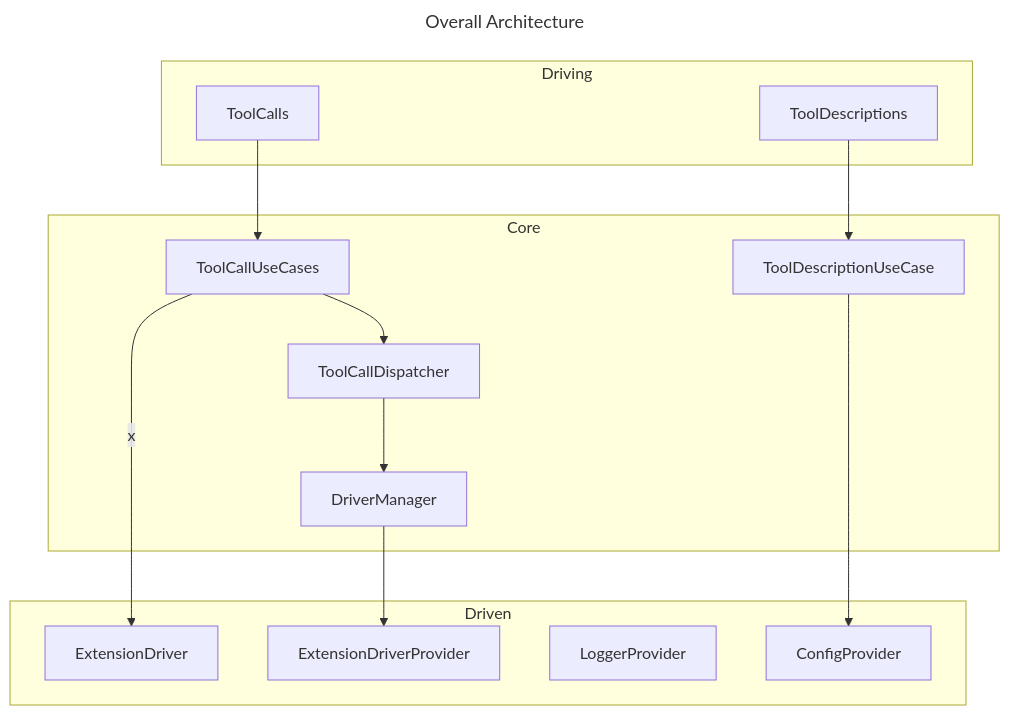
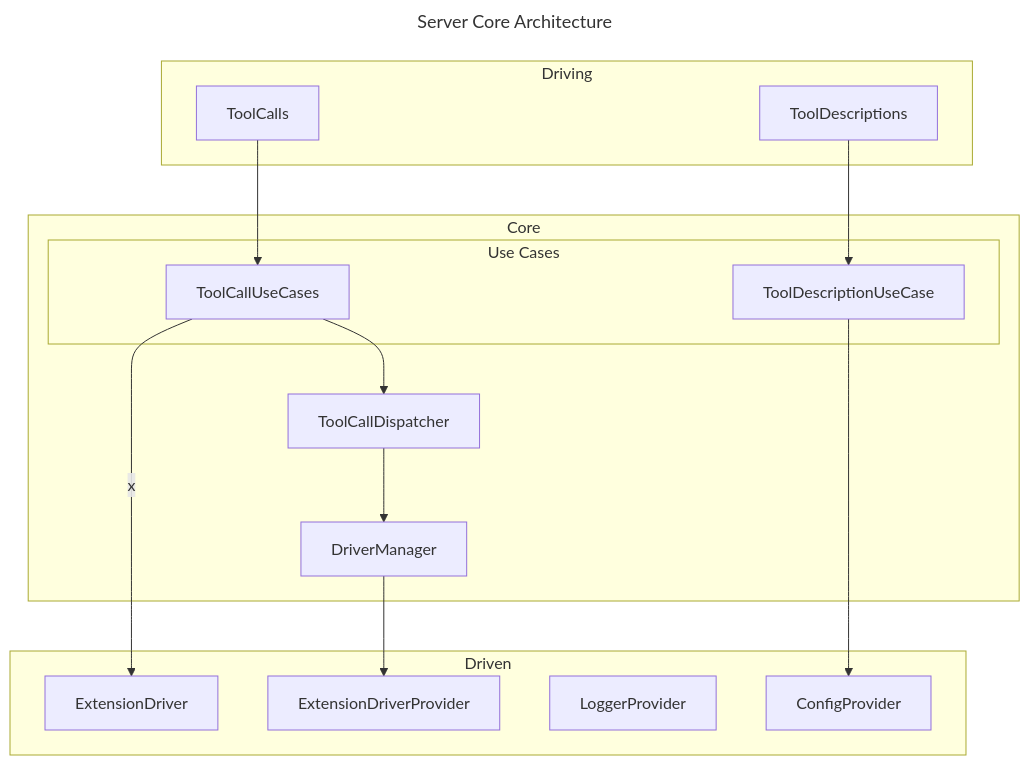
One commit to ndthanhdev/mcp-browser-kit changed the second of 4 diagrams in docs/architecture.md. Above: the diagram before and after it, drawn with Mermaid. The commit also changed other lines of this file and 12 other files, not shown here.

First line of the commit message:
refactor: rename viewable element methods to use coordinates and update architecture documentation

````diff
--- a/docs/architecture.md
+++ b/docs/architecture.md
@@ -17,56 +32,35 @@
 ```mermaid
 ---
-title: Overall Architecture
+title: Server Core Architecture
 ---
 flowchart TD
   subgraph ServerDriving["Driving"]
     ToolCalls
     ToolDescriptions
   end
 
   subgraph ServerCore["Core"]
-    ToolCallUseCases
-    ToolDescriptionUseCase
+    subgraph UseCases["Use Cases"]
+      ToolCallUseCases
+      ToolDescriptionUseCase
+    end
     DriverManager
     ToolCallDispatcher
   end
 
   subgraph ServerDriven["Driven"]
     ExtensionDriver
     ConfigProvider["ConfigProvider"]
     LoggerProvider["LoggerProvider"]
     ExtensionDriverProvider
   end
 
   ToolCalls --> ToolCallUseCases
   ToolDescriptions --> ToolDescriptionUseCase
   ToolCallUseCases --"x"--> ExtensionDriver
   ToolDescriptionUseCase --> ConfigProvider
   ToolCallUseCases--> ToolCallDispatcher
   ToolCallDispatcher --> DriverManager
   DriverManager --> ExtensionDriverProvider
-  %% end
 
-  %% McpServer-->ServerDriving
-
-  %% subgraph Extension
-    %% subgraph ExtensionDriving["Driving"]
-    %%   ExtensionTool
-    %% end
-
-    %% subgraph ExtensionCore["Core"]
-    %%   ExtensionToolUseCases
-    %% end
-    %% subgraph ExtensionDriven["Driven"]
-    %%   BrowserDriver
-    %% end
-
-    %% ExtensionTool --> ExtensionToolUseCases
-    %% ExtensionToolUseCases -->BrowserDriver
-  %% end
-
-  %% Browser
-
-  %% ExtensionDriver --> ExtensionDriving
-  %% BrowserDriver --> Browser
 ```
````
